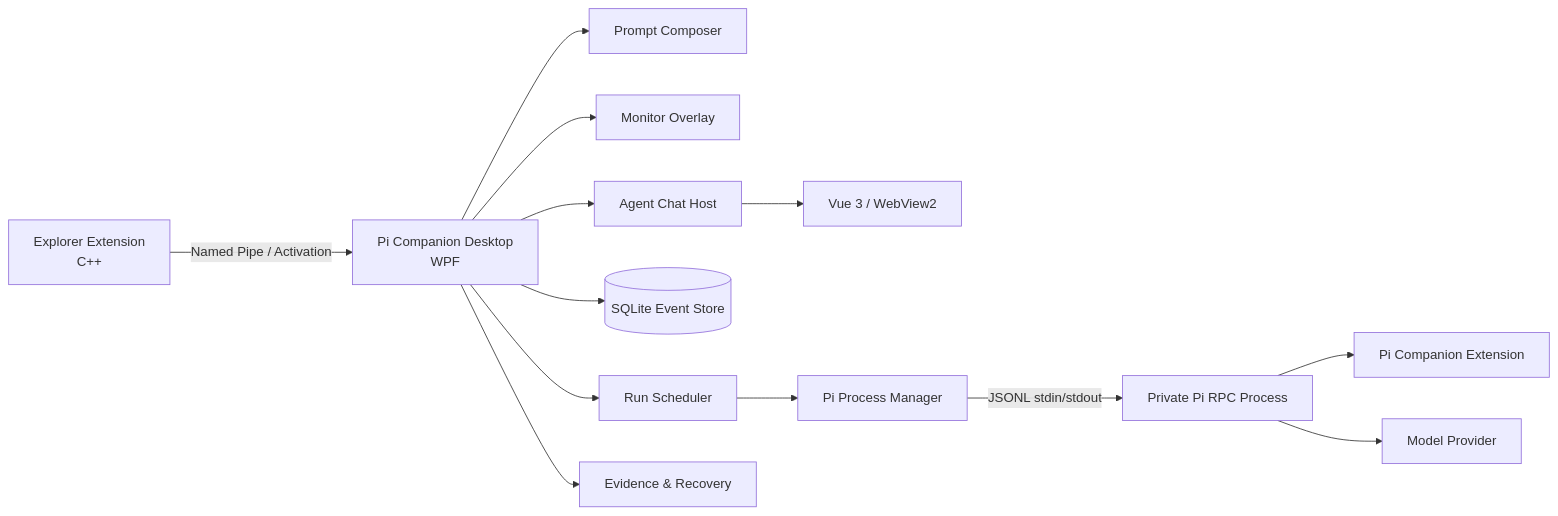
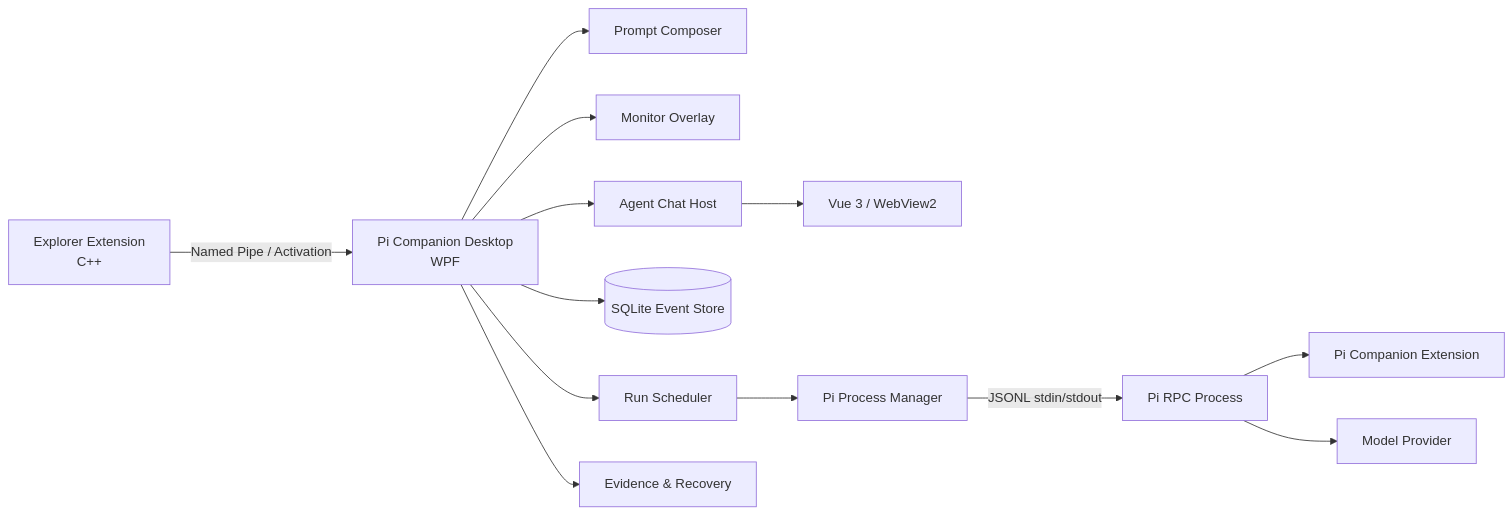
The diagram in docs/pi-companion-product-technical-plan.md (Theochenxiyuan/pi-companion), drawn with Mermaid before and after one commit. The commit also changed other lines of this file and 12 other files, not shown here.

````diff
--- a/docs/pi-companion-product-technical-plan.md
+++ b/docs/pi-companion-product-technical-plan.md
@@ -220,15 +220,15 @@
 ```mermaid
 flowchart LR
     EX["Explorer Extension<br/>C++"] -->|"Named Pipe / Activation"| APP["Pi Companion Desktop<br/>WPF"]
     APP --> PC["Prompt Composer"]
     APP --> MO["Monitor Overlay"]
     APP --> CHAT["Agent Chat Host"]
     CHAT --> VUE["Vue 3 / WebView2"]
     APP --> STORE[("SQLite Event Store")]
     APP --> SCHED["Run Scheduler"]
     SCHED --> PM["Pi Process Manager"]
-    PM -->|"JSONL stdin/stdout"| PI["Private Pi RPC Process"]
+    PM -->|"JSONL stdin/stdout"| PI["Pi RPC Process"]
     PI --> EXT["Pi Companion Extension"]
     PI --> MODEL["Model Provider"]
     APP --> EVID["Evidence & Recovery"]
 ```
````
